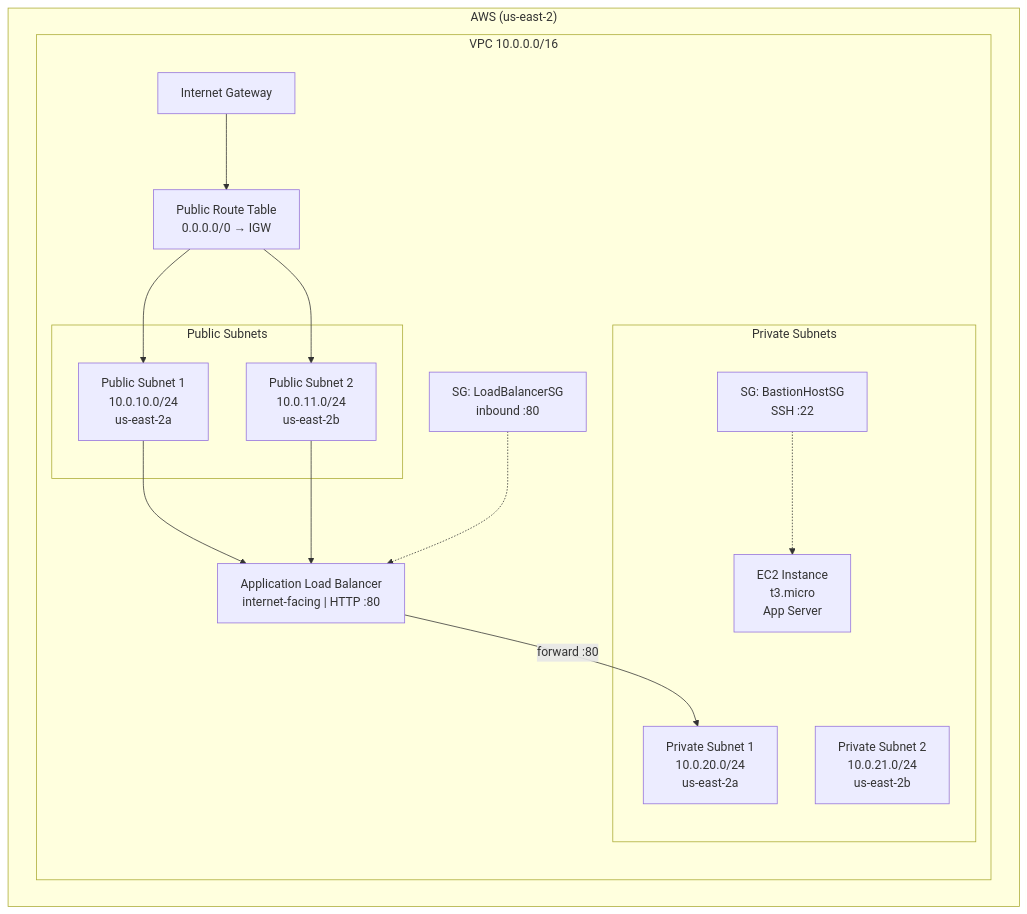
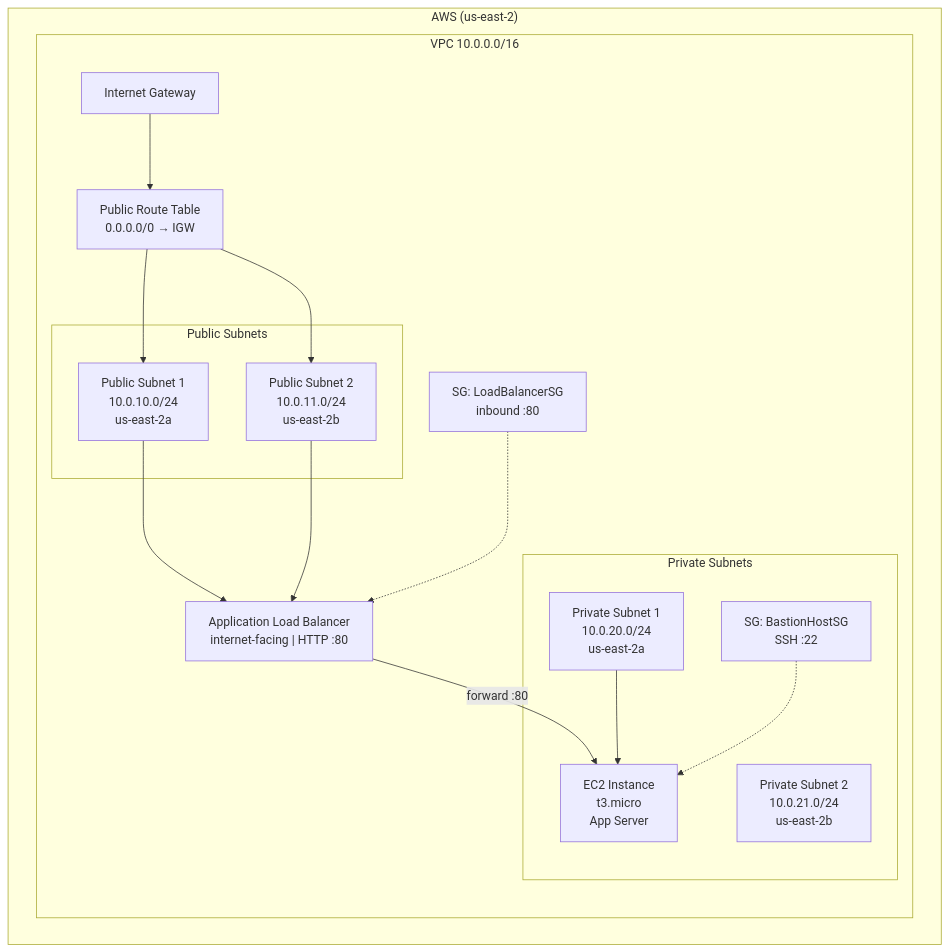
The first of 3 diagrams in README.md (parquetpirate/iac-multi-cloud-aws-azure), drawn with Mermaid before and after one commit. The commit also changed other lines of this file, not shown here.

Commit message:
docs: comprehensive README with architecture, security, and lessons learned

````diff
--- a/README.md
+++ b/README.md
@@ -9,35 +20,34 @@
 ```mermaid
 graph TB
     subgraph AWS["AWS (us-east-2)"]
         subgraph VPC["VPC 10.0.0.0/16"]
             IGW["Internet Gateway"]
             RT["Public Route Table<br/>0.0.0.0/0 → IGW"]
 
             subgraph PublicSubnets["Public Subnets"]
                 PS1["Public Subnet 1<br/>10.0.10.0/24<br/>us-east-2a"]
                 PS2["Public Subnet 2<br/>10.0.11.0/24<br/>us-east-2b"]
             end
 
             ALB["Application Load Balancer<br/>internet-facing | HTTP :80"]
             LB_SG["SG: LoadBalancerSG<br/>inbound :80"]
 
             subgraph PrivateSubnets["Private Subnets"]
                 PR1["Private Subnet 1<br/>10.0.20.0/24<br/>us-east-2a"]
                 PR2["Private Subnet 2<br/>10.0.21.0/24<br/>us-east-2b"]
-
                 EC2["EC2 Instance<br/>t3.micro<br/>App Server"]
                 Bastion_SG["SG: BastionHostSG<br/>SSH :22"]
             end
         end
     end
 
     IGW --> RT
     RT --> PS1
     RT --> PS2
     PS1 --> ALB
     PS2 --> ALB
     LB_SG -.-> ALB
-    ALB -->|"forward :80"| PR1
-    EC2 --- PrivateSubnets
+    ALB -->|"forward :80"| EC2
+    PR1 --> EC2
     Bastion_SG -.-> EC2
 ```
````
